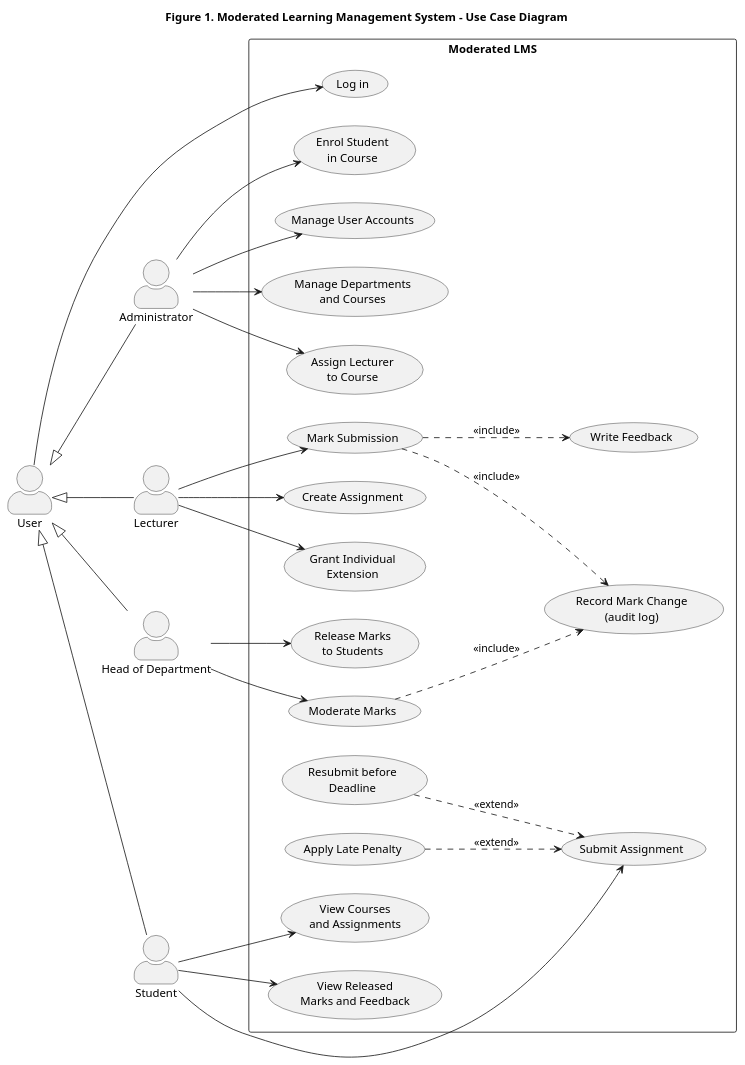
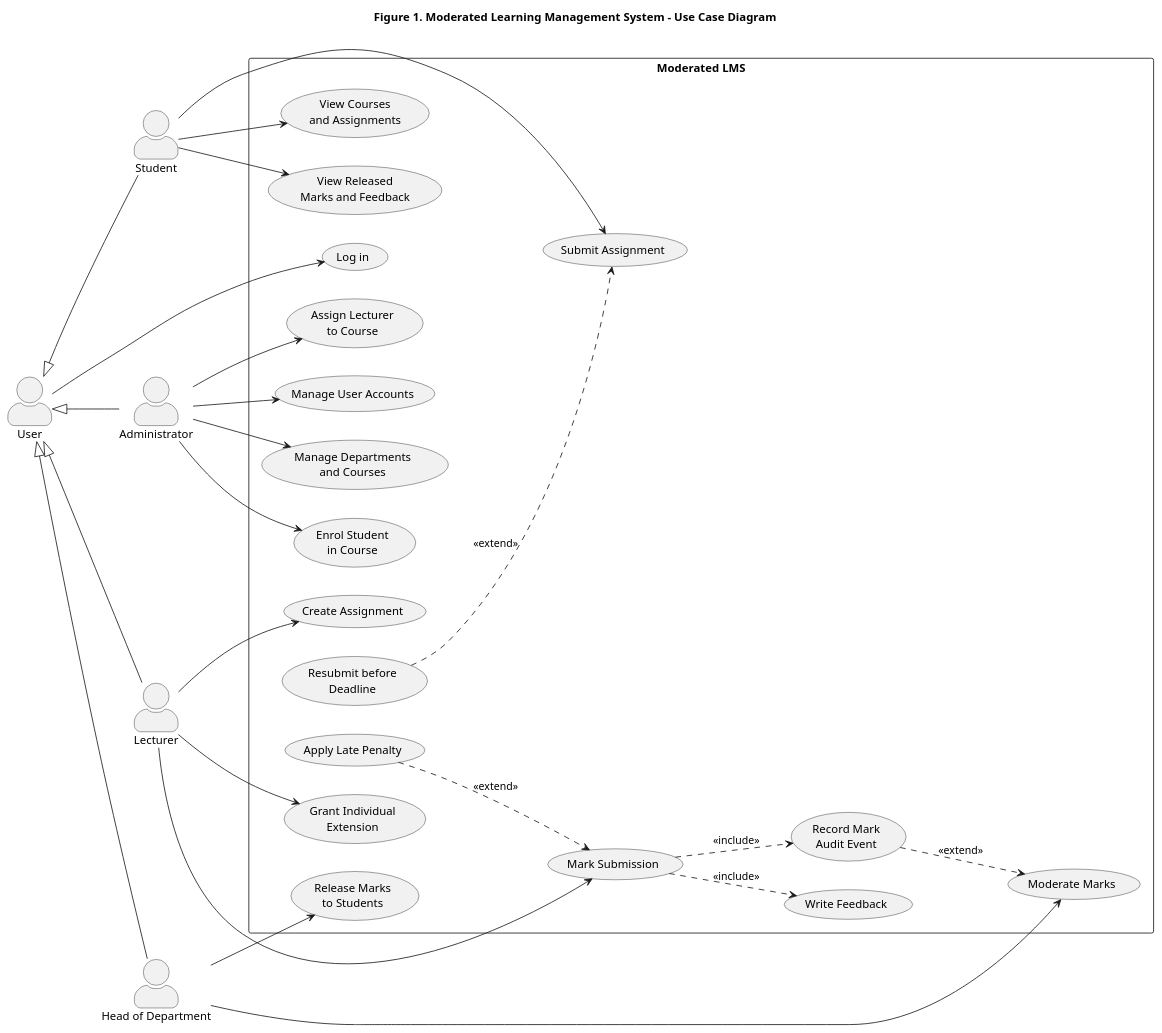
One commit to mwelipama/cs4433-moderated-lms changed the diagram in assets/diagrams/use_case_diagram.puml. Above: the diagram before and after it, drawn with PlantUML. The commit also changed 5 other files, not shown here.

Commit message:
Gate 1 corrections: unify late-work policy, fix use-case semantics (penalty at marking, conditional audit), tighten NFRs and audit model

```diff
--- a/assets/diagrams/use_case_diagram.puml
+++ b/assets/diagrams/use_case_diagram.puml
@@ -1,61 +1,61 @@
 @startuml
 left to right direction
 skinparam actorStyle awesome
 skinparam packageStyle rectangle
 title Figure 1. Moderated Learning Management System - Use Case Diagram
 
 actor "User" as U
 actor "Administrator" as A
 actor "Lecturer" as L
 actor "Head of Department" as H
 actor "Student" as S
 
 U <|-- A
 U <|-- L
 U <|-- H
 U <|-- S
 
 rectangle "Moderated LMS" {
   usecase "Log in" as LOGIN
   usecase "Manage User Accounts" as USERS
   usecase "Manage Departments\nand Courses" as COURSES
   usecase "Assign Lecturer\nto Course" as ASSIGN
   usecase "Enrol Student\nin Course" as ENROL
   usecase "Create Assignment" as CREATE
   usecase "Grant Individual\nExtension" as EXT
   usecase "Mark Submission" as MARK
   usecase "Write Feedback" as FEED
   usecase "View Courses\nand Assignments" as VIEW
   usecase "Submit Assignment" as SUBMIT
   usecase "Resubmit before\nDeadline" as RESUB
   usecase "Apply Late Penalty" as LATE
   usecase "Moderate Marks" as MOD
   usecase "Release Marks\nto Students" as REL
   usecase "View Released\nMarks and Feedback" as VIEWM
-  usecase "Record Mark Change\n(audit log)" as AUDIT
+  usecase "Record Mark\nAudit Event" as AUDIT
 }
 
 U --> LOGIN
 
 A --> USERS
 A --> COURSES
 A --> ASSIGN
 A --> ENROL
 
 L --> CREATE
 L --> EXT
 L --> MARK
 
 S --> VIEW
 S --> SUBMIT
 S --> VIEWM
 
 H --> MOD
 H --> REL
 
 MARK ..> FEED : <<include>>
 MARK ..> AUDIT : <<include>>
-MOD  ..> AUDIT : <<include>>
+AUDIT ..> MOD : <<extend>>
 RESUB ..> SUBMIT : <<extend>>
-LATE  ..> SUBMIT : <<extend>>
+LATE ..> MARK : <<extend>>
 @enduml
```
